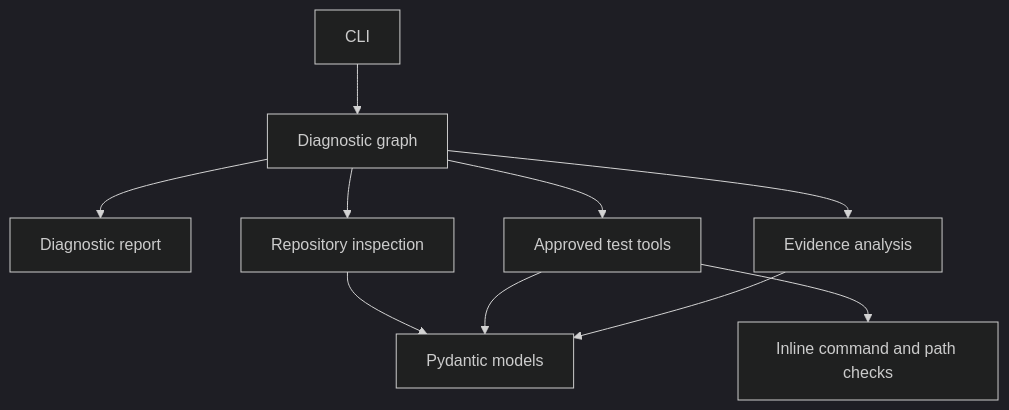
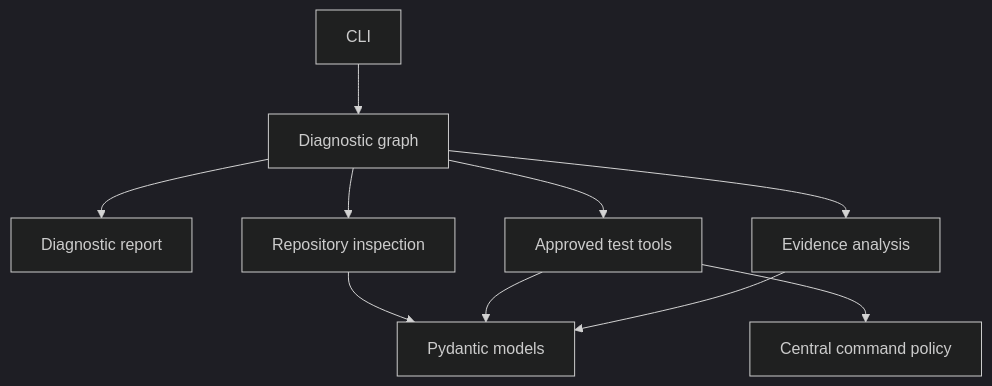
One commit to Br111t/agent-ops changed the first of 2 diagrams in docs/architecture.md. Above: the diagram before and after it, drawn with Mermaid (dark theme). The commit also changed other lines of this file and 4 other files, not shown here.

````diff
--- a/docs/architecture.md
+++ b/docs/architecture.md
@@ -37,12 +37,12 @@
 ```mermaid
 flowchart TD
     CLI[CLI] --> Graph[Diagnostic graph]
     Graph --> Report[Diagnostic report]
     Graph --> Repo[Repository inspection]
     Graph --> Tools[Approved test tools]
     Graph --> Analysis[Evidence analysis]
     Repo --> Models[Pydantic models]
     Tools --> Models
     Analysis --> Models
-    Tools --> Policy[Inline command and path checks]
+    Tools --> Policy[Central command policy]
 ```
````
